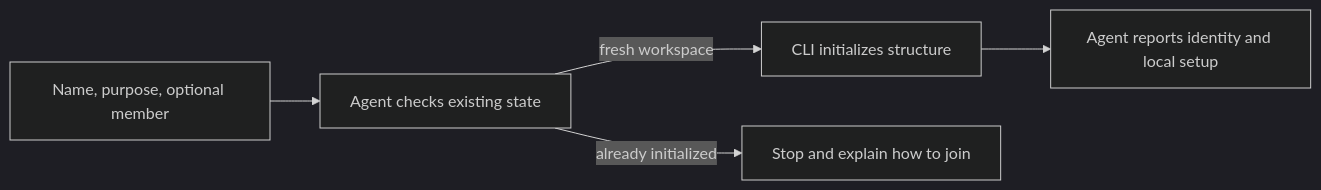
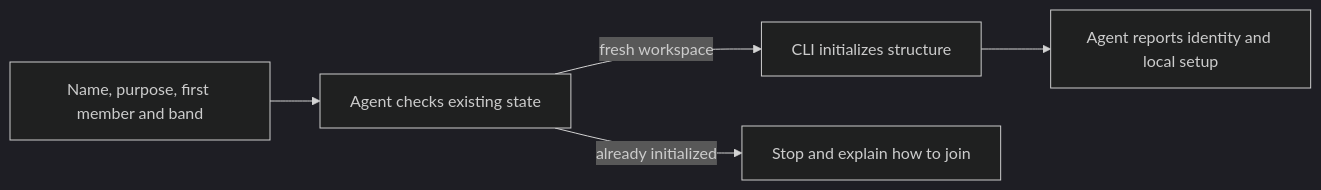
Before and after one commit to kaotypr/context-circuit-website: the diagram in content/docs/get-started/initialize.mdx, drawn with Mermaid (dark theme). The commit also changed other lines of this file and 28 other files, not shown here.

````diff
--- a/content/docs/get-started/initialize.mdx
+++ b/content/docs/get-started/initialize.mdx
@@ -33,7 +37,7 @@
 ```mermaid
 flowchart LR
-  Q[Name, purpose, optional member] --> A[Agent checks existing state]
+  Q[Name, purpose, first member and band] --> A[Agent checks existing state]
   A -->|fresh workspace| C[CLI initializes structure]
   C --> R[Agent reports identity and local setup]
   A -->|already initialized| S[Stop and explain how to join]
 ```
````
